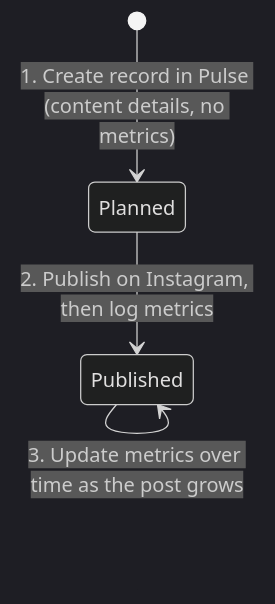
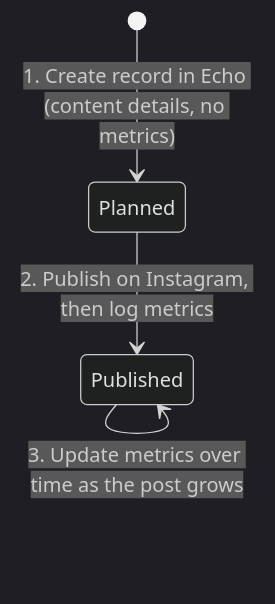
One commit to 10xMarketingMHS/IG-analytics changed the first of 3 diagrams in PRD.md. Above: the diagram before and after it, drawn with Mermaid (dark theme). The commit also changed other lines of this file and 37 other files, not shown here.

First line of the commit message:
Rename the product from Pulse to Echo

````diff
--- a/PRD.md
+++ b/PRD.md
@@ -253,6 +253,6 @@
 ```mermaid
 stateDiagram-v2
-  [*] --> Planned: 1. Create record in Pulse (content details, no metrics)
+  [*] --> Planned: 1. Create record in Echo (content details, no metrics)
   Planned --> Published: 2. Publish on Instagram, then log metrics
   Published --> Published: 3. Update metrics over time as the post grows
 ```
````
